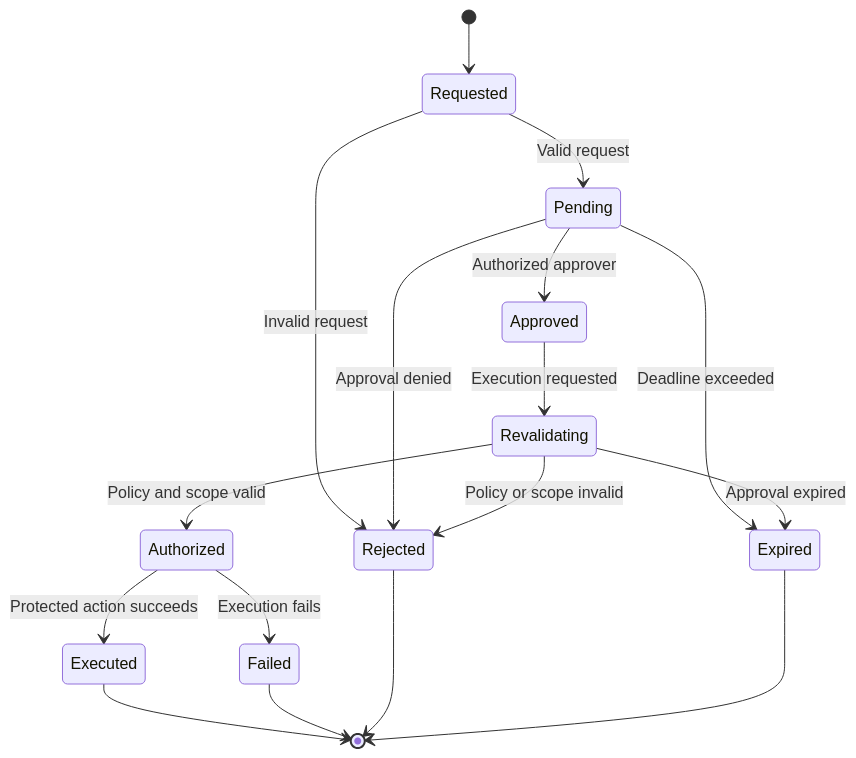
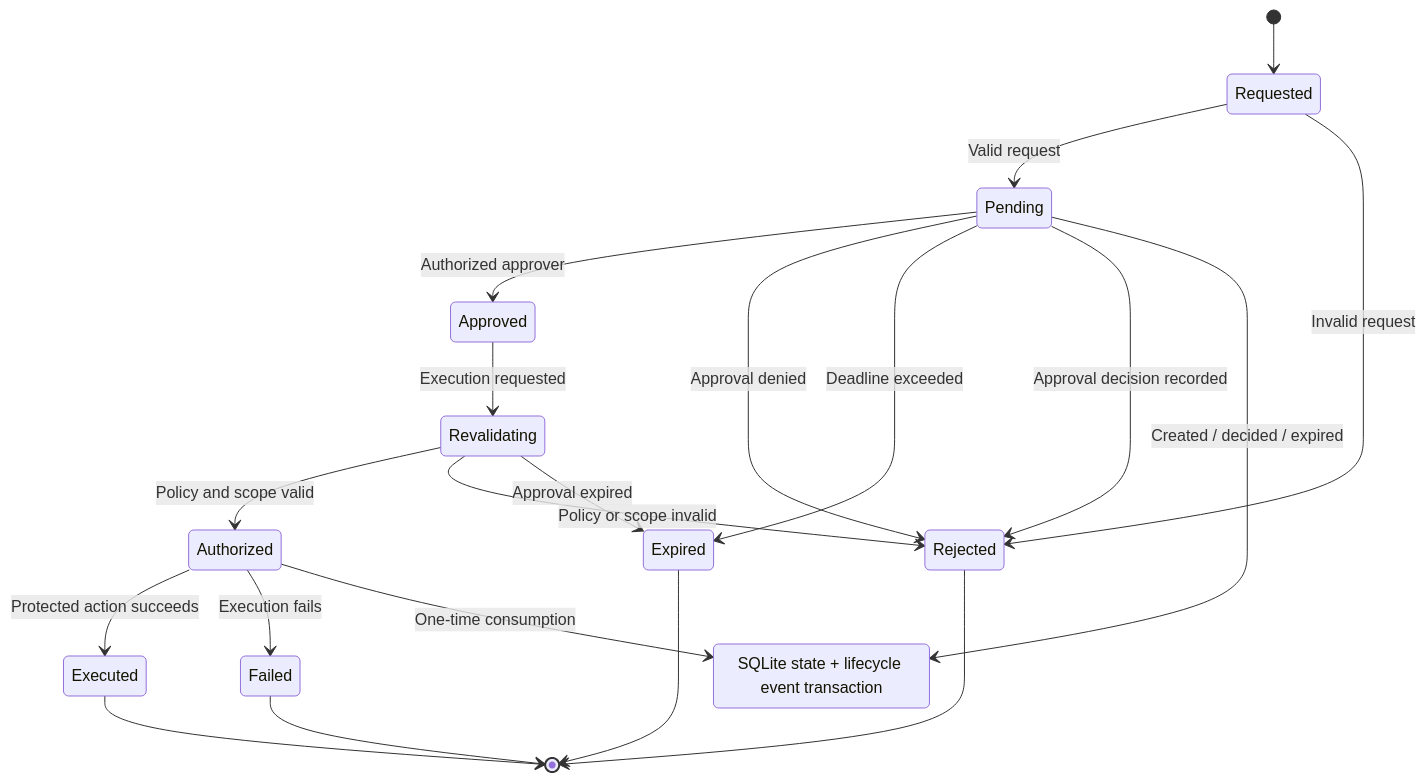
One commit to cpgrant/a-05-ai-governance-policy-enforcement changed the diagram in diagrams/04-approval-lifecycle.mmd. Above: the diagram before and after it, drawn with Mermaid. The commit also changed 20 other files, not shown here.

```diff
--- a/diagrams/04-approval-lifecycle.mmd
+++ b/diagrams/04-approval-lifecycle.mmd
@@ -1,23 +1,28 @@
 stateDiagram-v2
     [*] --> Requested
 
     Requested --> Pending: Valid request
     Requested --> Rejected: Invalid request
 
     Pending --> Approved: Authorized approver
     Pending --> Rejected: Approval denied
     Pending --> Expired: Deadline exceeded
+    Pending --> Rejected: Approval decision recorded
 
     Approved --> Revalidating: Execution requested
 
     Revalidating --> Authorized: Policy and scope valid
     Revalidating --> Rejected: Policy or scope invalid
     Revalidating --> Expired: Approval expired
 
     Authorized --> Executed: Protected action succeeds
     Authorized --> Failed: Execution fails
 
+    state "SQLite state + lifecycle event transaction" as Durable
+    Pending --> Durable: Created / decided / expired
+    Authorized --> Durable: One-time consumption
+
     Executed --> [*]
     Failed --> [*]
     Rejected --> [*]
     Expired --> [*]
```
